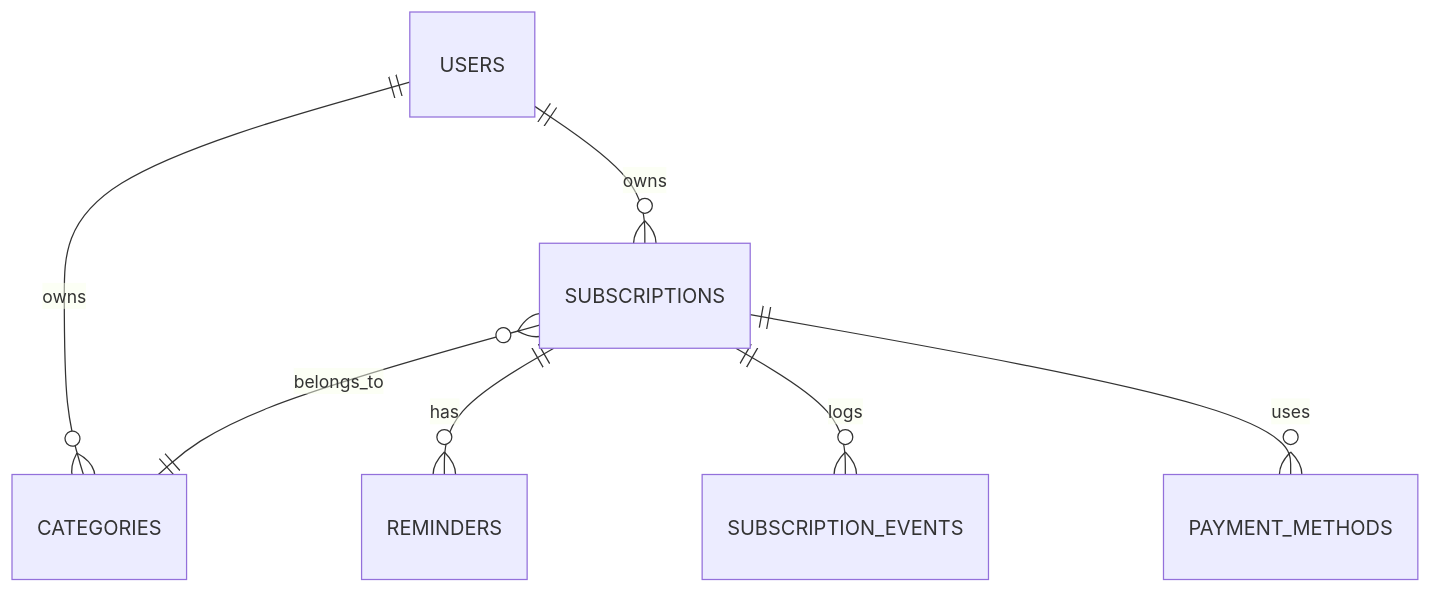
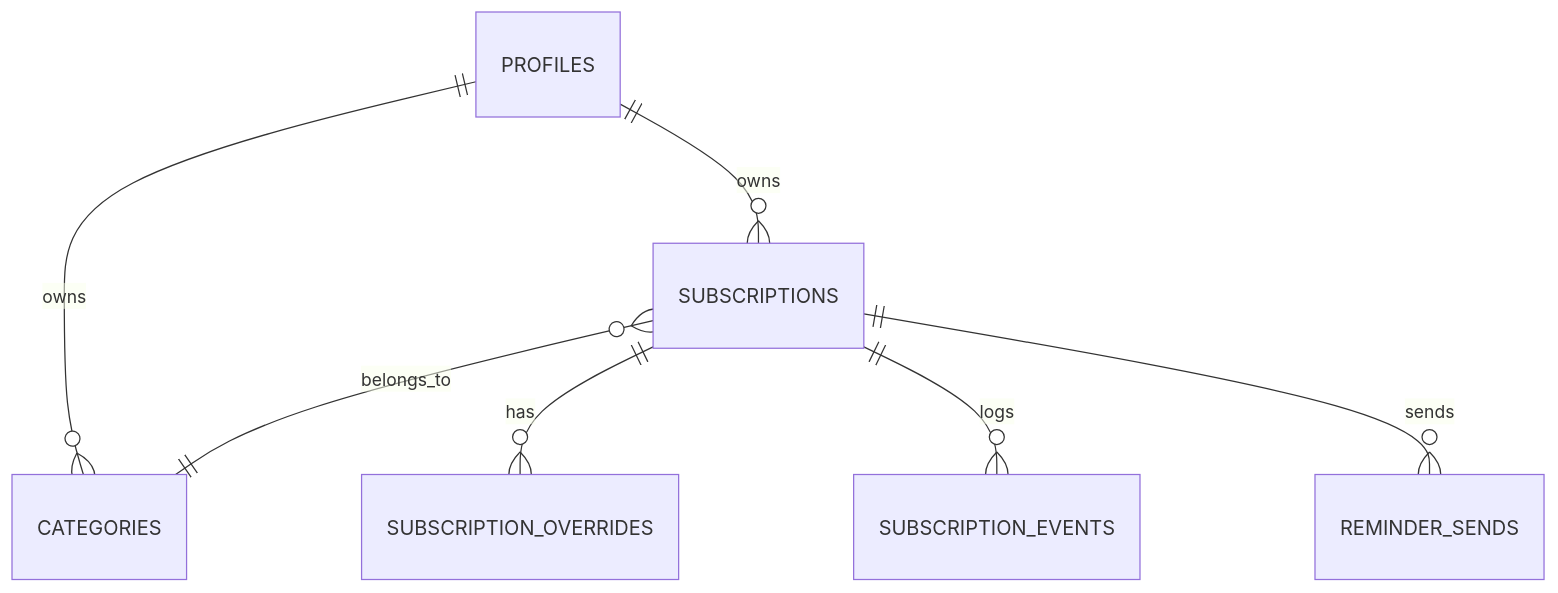
One commit to dzakiakmalr/langganin changed the diagram in docs/claudeai_mds/03-DATABASE-SCHEMA.md. Above: the diagram before and after it, drawn with Mermaid. The commit also changed other lines of this file and 39 other files, not shown here.

````diff
--- a/docs/claudeai_mds/03-DATABASE-SCHEMA.md
+++ b/docs/claudeai_mds/03-DATABASE-SCHEMA.md
@@ -7,9 +9,9 @@
 ```mermaid
 erDiagram
-  USERS ||--o{ SUBSCRIPTIONS : owns
-  USERS ||--o{ CATEGORIES : owns
+  PROFILES ||--o{ SUBSCRIPTIONS : owns
+  PROFILES ||--o{ CATEGORIES : owns
   SUBSCRIPTIONS }o--|| CATEGORIES : belongs_to
-  SUBSCRIPTIONS ||--o{ REMINDERS : has
+  SUBSCRIPTIONS ||--o{ SUBSCRIPTION_OVERRIDES : has
   SUBSCRIPTIONS ||--o{ SUBSCRIPTION_EVENTS : logs
-  SUBSCRIPTIONS ||--o{ PAYMENT_METHODS : uses
+  SUBSCRIPTIONS ||--o{ REMINDER_SENDS : sends
 ```
````
